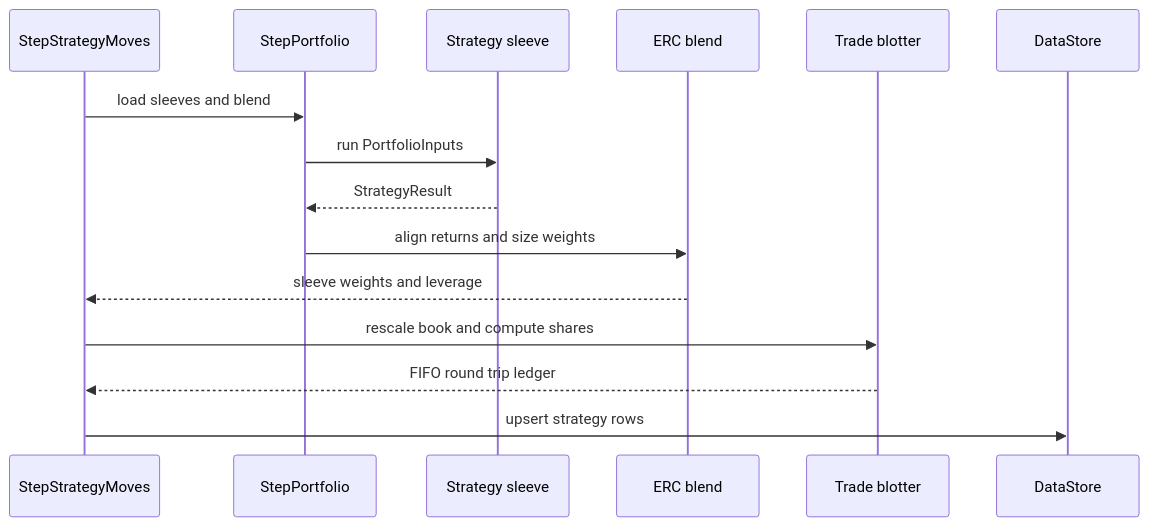
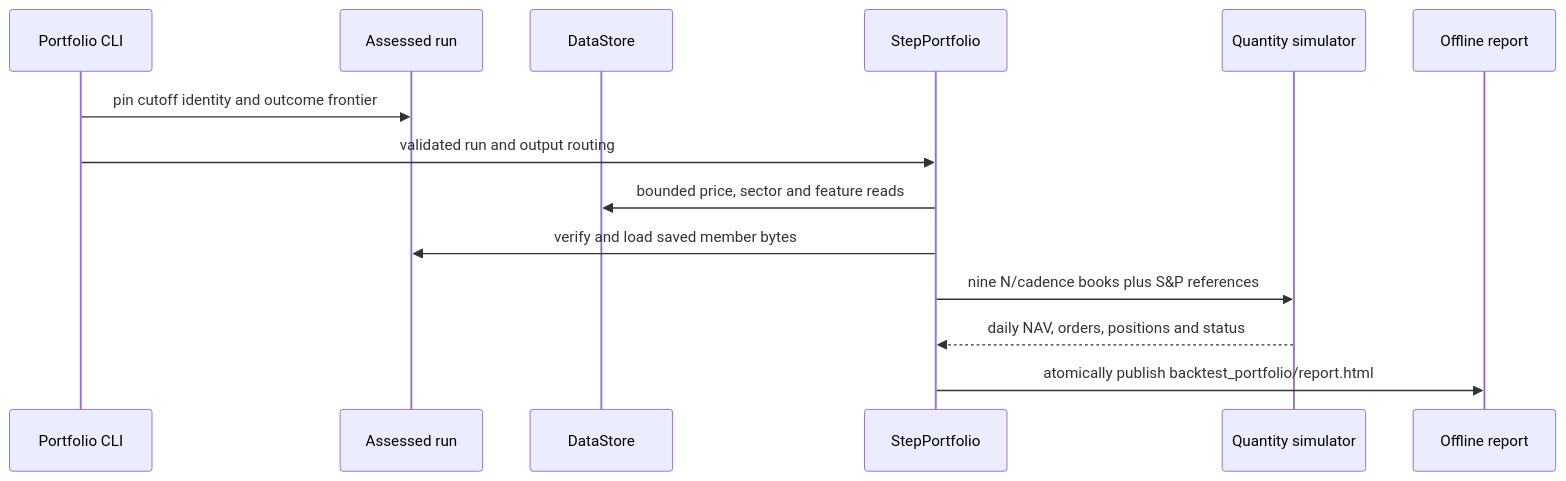
One commit to alexandredelarrard/PEA changed the diagram in wiki/flows/portfolio-to-trade-ledger.md. Above: the diagram before and after it, drawn with Mermaid. The commit also changed other lines of this file and 23 other files, not shown here.

Commit message:
Document standalone portfolio workflow and remove stale strategy references

```diff
--- a/wiki/flows/portfolio-to-trade-ledger.md
+++ b/wiki/flows/portfolio-to-trade-ledger.md
@@ -21,17 +18,16 @@
 ~~~mermaid
 sequenceDiagram
-  participant Moves as StepStrategyMoves
-  participant Portfolio as StepPortfolio
-  participant Sleeve as Strategy sleeve
-  participant Blend as ERC blend
-  participant Blotter as Trade blotter
+  participant CLI as Portfolio CLI
+  participant Run as Assessed run
   participant Store as DataStore
-  Moves->>Portfolio: load sleeves and blend
-  Portfolio->>Sleeve: run PortfolioInputs
-  Sleeve-->>Portfolio: StrategyResult
-  Portfolio->>Blend: align returns and size weights
-  Blend-->>Moves: sleeve weights and leverage
-  Moves->>Blotter: rescale book and compute shares
-  Blotter-->>Moves: FIFO round trip ledger
-  Moves->>Store: upsert strategy rows
+  participant Step as StepPortfolio
+  participant Engine as Quantity simulator
+  participant HTML as Offline report
+  CLI->>Run: pin cutoff identity and outcome frontier
+  CLI->>Step: validated run and output routing
+  Step->>Store: bounded price, sector and feature reads
+  Step->>Run: verify and load saved member bytes
+  Step->>Engine: nine N/cadence books plus S&P references
+  Engine-->>Step: daily NAV, orders, positions and status
+  Step->>HTML: atomically publish backtest_portfolio/report.html
 ~~~
```
